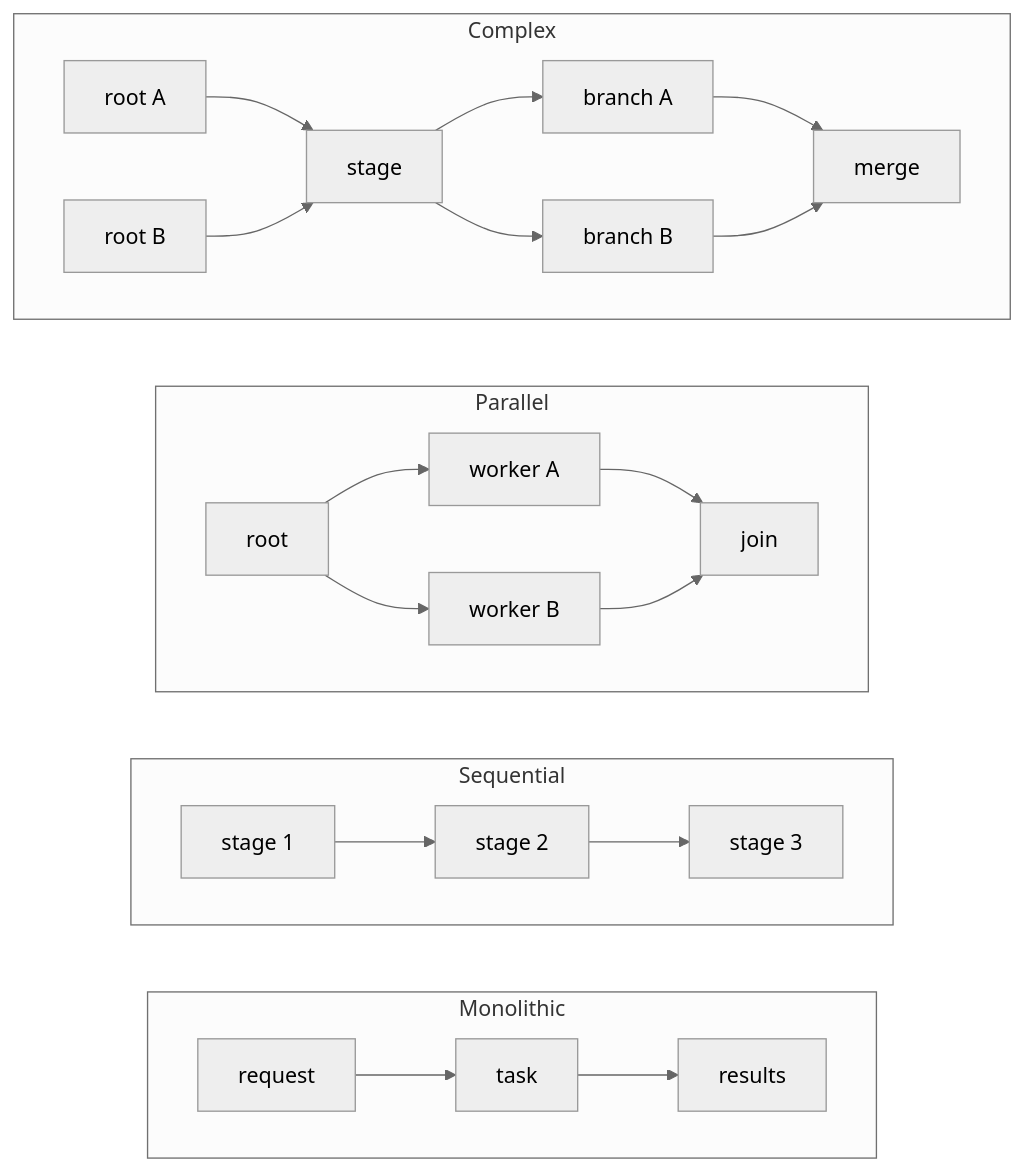
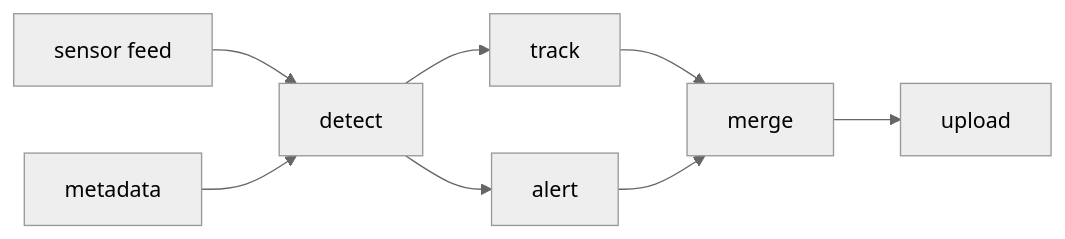
Before and after one commit to CharafeddineMechalikh/PureEdgeSim: the fourth of 4 diagrams in README.md, drawn with Mermaid (neutral theme). The commit also changed other lines of this file and 2 other files, not shown here.

Commit message:
Add CITATION.cff and CONTRIBUTING.md, read the Javadoc badge version from Maven Central, and flatten the task-graph diagrams in the README

````diff
--- a/README.md
+++ b/README.md
@@ -186,27 +213,10 @@
 ```mermaid
 flowchart LR
-    subgraph Monolithic
-        direction LR
-        M1[request] --> M2[task] --> M3[results]
-    end
-    subgraph Sequential
-        direction LR
-        S1[stage 1] --> S2[stage 2] --> S3[stage 3]
-    end
-    subgraph Parallel
-        direction LR
-        P1[root] --> P2[worker A]
-        P1 --> P3[worker B]
-        P2 --> P4[join]
-        P3 --> P4
-    end
-    subgraph Complex
-        direction LR
-        C1[root A] --> C3[stage]
-        C2[root B] --> C3
-        C3 --> C4[branch A]
-        C3 --> C5[branch B]
-        C4 --> C6[merge]
-        C5 --> C6
-    end
+    R1[sensor feed] --> D[detect]
+    R2[metadata] --> D
+    D --> T[track]
+    D --> A[alert]
+    T --> M[merge]
+    A --> M
+    M --> U[upload]
 ```
````
